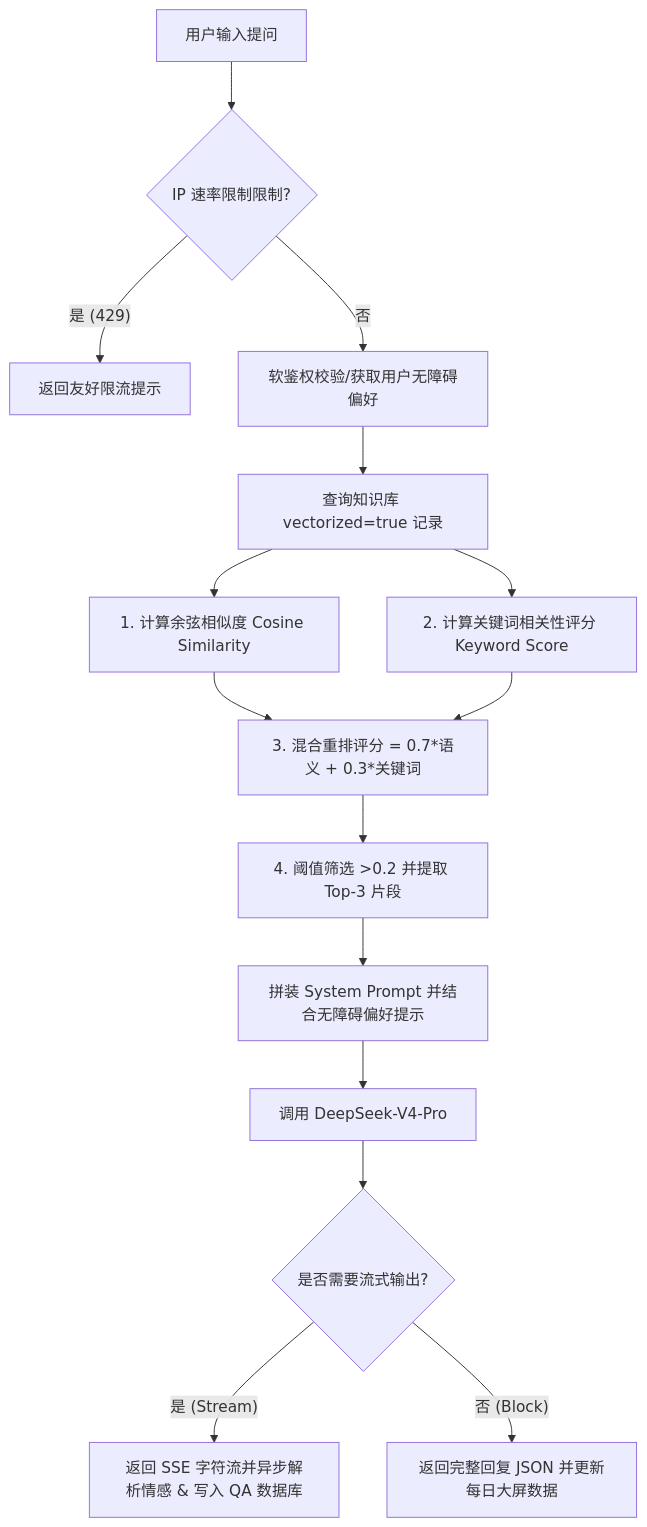
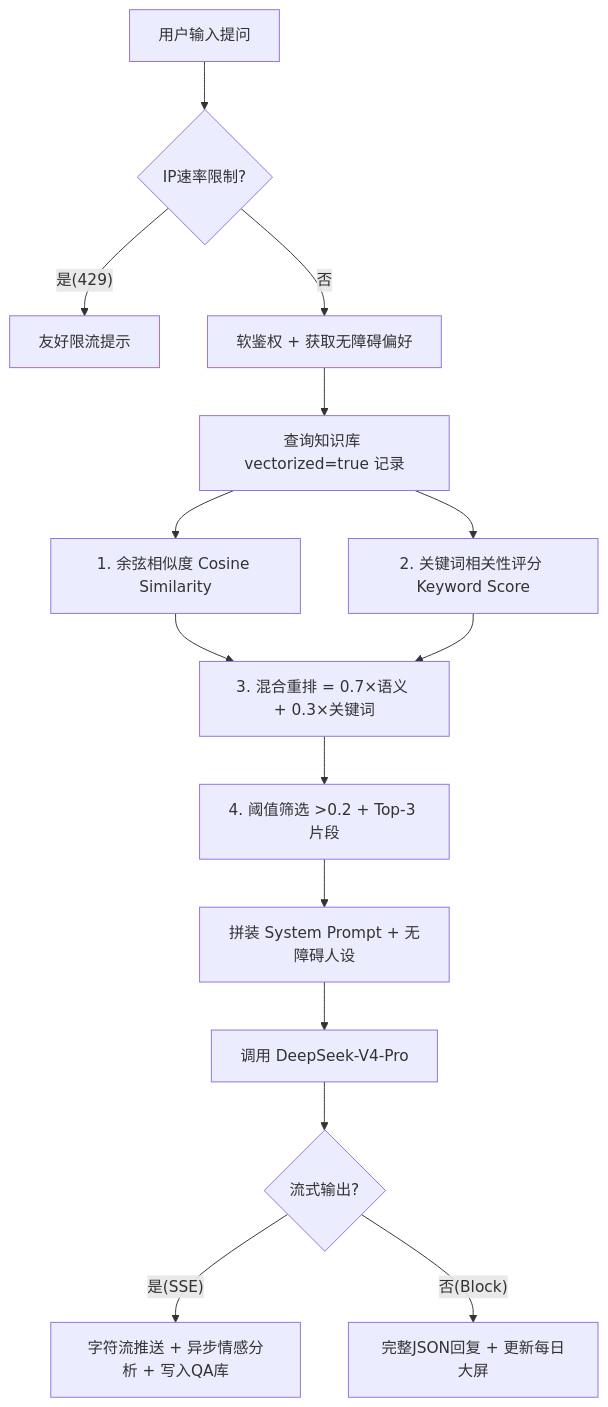
Before and after one commit to wyxpro/AI-guide: the first of 2 diagrams in README.md, drawn with Mermaid. The commit also changed other lines of this file and 1 other file, not shown here.

````diff
--- a/README.md
+++ b/README.md
@@ -124,16 +199,16 @@
 ```mermaid
 graph TD
-    A[用户输入提问] --> B{IP 速率限制限制?}
-    B -- 是 (429) --> C[返回友好限流提示]
-    B -- 否 --> D[软鉴权校验/获取用户无障碍偏好]
+    A[用户输入提问] --> B{IP速率限制?}
+    B -- 是(429) --> C[友好限流提示]
+    B -- 否 --> D[软鉴权 + 获取无障碍偏好]
     D --> E[查询知识库 vectorized=true 记录]
-    E --> F[1. 计算余弦相似度 Cosine Similarity]
-    E --> G[2. 计算关键词相关性评分 Keyword Score]
-    F & G --> H[3. 混合重排评分 = 0.7*语义 + 0.3*关键词]
-    H --> I[4. 阈值筛选 >0.2 并提取 Top-3 片段]
-    I --> J[拼装 System Prompt 并结合无障碍偏好提示]
+    E --> F[1. 余弦相似度 Cosine Similarity]
+    E --> G[2. 关键词相关性评分 Keyword Score]
+    F & G --> H[3. 混合重排 = 0.7×语义 + 0.3×关键词]
+    H --> I[4. 阈值筛选 >0.2 + Top-3 片段]
+    I --> J[拼装 System Prompt + 无障碍人设]
     J --> K[调用 DeepSeek-V4-Pro]
-    K --> L{是否需要流式输出?}
-    L -- 是 (Stream) --> M[返回 SSE 字符流并异步解析情感 & 写入 QA 数据库]
-    L -- 否 (Block) --> N[返回完整回复 JSON 并更新每日大屏数据]
+    K --> L{流式输出?}
+    L -- 是(SSE) --> M[字符流推送 + 异步情感分析 + 写入QA库]
+    L -- 否(Block) --> N[完整JSON回复 + 更新每日大屏]
 ```
````
